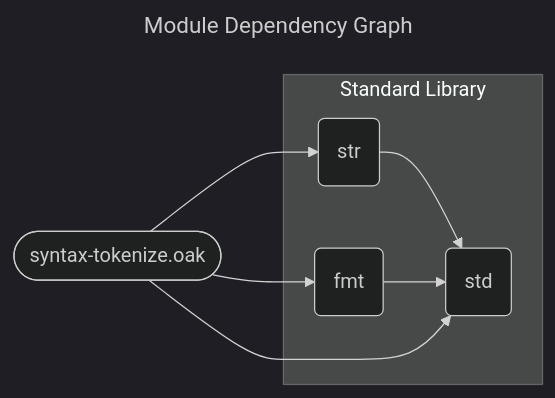
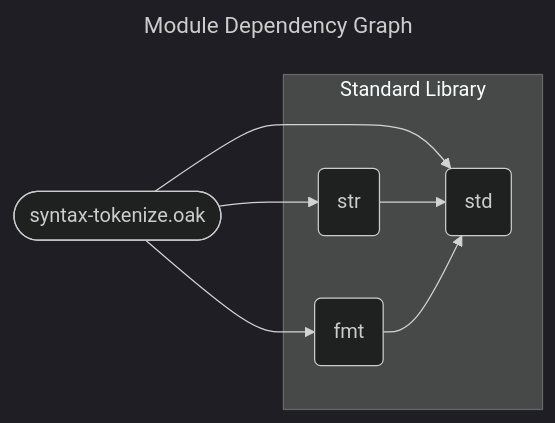
The diagram in docs/spec/syntax-tokenize.mmd (SpcFORK/magnolia), drawn with Mermaid (dark theme) before and after one commit. The commit also changed other lines of this file and 148 other files, not shown here.

First line of the commit message:
Refactor module dependency graphs and improve code generation

```diff
--- a/docs/spec/syntax-tokenize.mmd
+++ b/docs/spec/syntax-tokenize.mmd
@@ -1,15 +1,15 @@
 ---
 title: Module Dependency Graph
 ---
 flowchart LR
     lib_syntax_tokenize_oak(["syntax-tokenize.oak"])
     subgraph stdlib_core ["Standard Library"]
+        std("std")
         str("str")
         fmt("fmt")
-        std("std")
     end
-    str --> std
-    fmt --> std
     lib_syntax_tokenize_oak --> std
     lib_syntax_tokenize_oak --> str
     lib_syntax_tokenize_oak --> fmt
+    str --> std
+    fmt --> std
```
